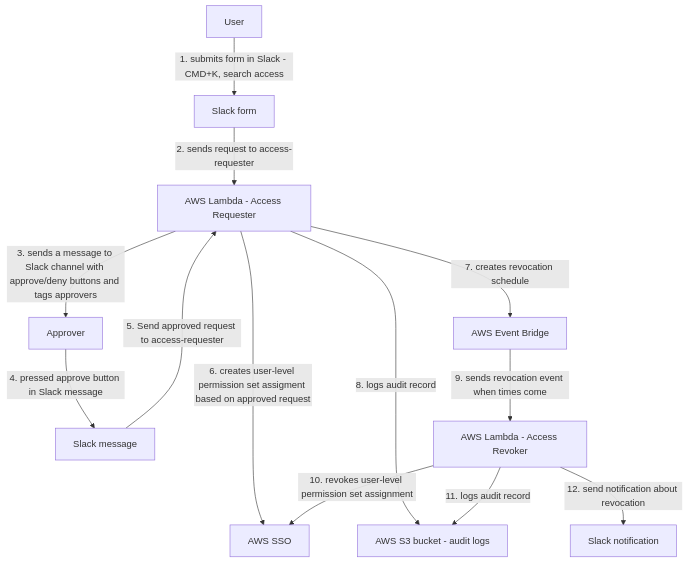
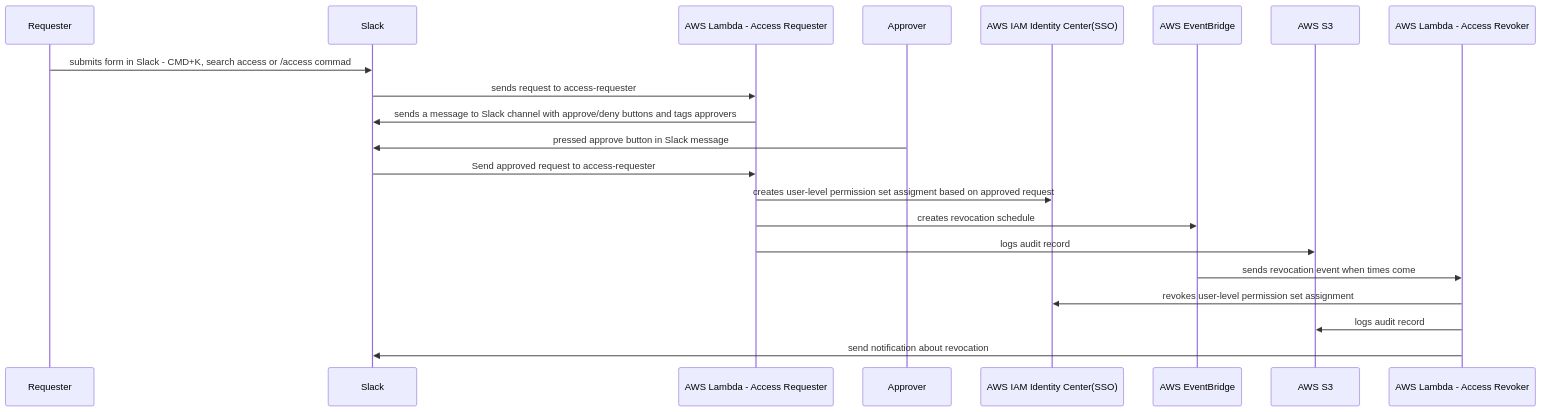
The diagram in README.md (fivexl/terraform-aws-sso-elevator), drawn with Mermaid before and after one commit.

Commit message:
update diagram

````diff
--- a/README.md
+++ b/README.md
@@ -43,25 +43,15 @@
 ```mermaid
-flowchart TB
-    User[User]
-    Approver[Approver]
-    Slack1[Slack form]
-    Slack2[Slack message]
-    Slack3[Slack notification]
-    Handler[AWS Lambda - Access Requester]
-    Revoker[AWS Lambda - Access Revoker]
-    SSO[AWS SSO]
-    EB[AWS Event Bridge]
-    S3[AWS S3 bucket - audit logs]
-    User --> | 1. submits form in Slack - CMD+K, search access | Slack1
-    Slack1 --> | 2. sends request to access-requester| Handler
-    Handler --> | 3. sends a message to Slack channel with approve/deny buttons and tags approvers | Approver
-    Approver --> | 4. pressed approve button in Slack message | Slack2
-    Slack2 --> | 5. Send approved request to access-requester | Handler
-    Handler --> | 6. creates user-level permission set assigment based on approved request| SSO
-    Handler --> | 7. creates revocation schedule | EB
-    Handler --> | 8. logs audit record | S3
-    EB --> | 9. sends revocation event when times come | Revoker
-    Revoker --> | 10. revokes user-level permission set assignment | SSO
-    Revoker --> | 11. logs audit record | S3
-    Revoker --> | 12. send notification about revocation | Slack3
+sequenceDiagram
+    Requester->>Slack: submits form in Slack - CMD+K, search access or /access commad
+    Slack->>AWS Lambda - Access Requester: sends request to access-requester
+    AWS Lambda - Access Requester->>Slack: sends a message to Slack channel with approve/deny buttons and tags approvers
+    Approver->>Slack: pressed approve button in Slack message
+    Slack->>AWS Lambda - Access Requester: Send approved request to access-requester
+    AWS Lambda - Access Requester->>AWS IAM Identity Center(SSO): creates user-level permission set assigment based on approved request
+    AWS Lambda - Access Requester->>AWS EventBridge: creates revocation schedule
+    AWS Lambda - Access Requester->>AWS S3: logs audit record
+    AWS EventBridge->>AWS Lambda - Access Revoker: sends revocation event when times come
+    AWS Lambda - Access Revoker->>AWS IAM Identity Center(SSO): revokes user-level permission set assignment
+    AWS Lambda - Access Revoker->>AWS S3: logs audit record
+    AWS Lambda - Access Revoker->>Slack:  send notification about revocation
 ```
````
